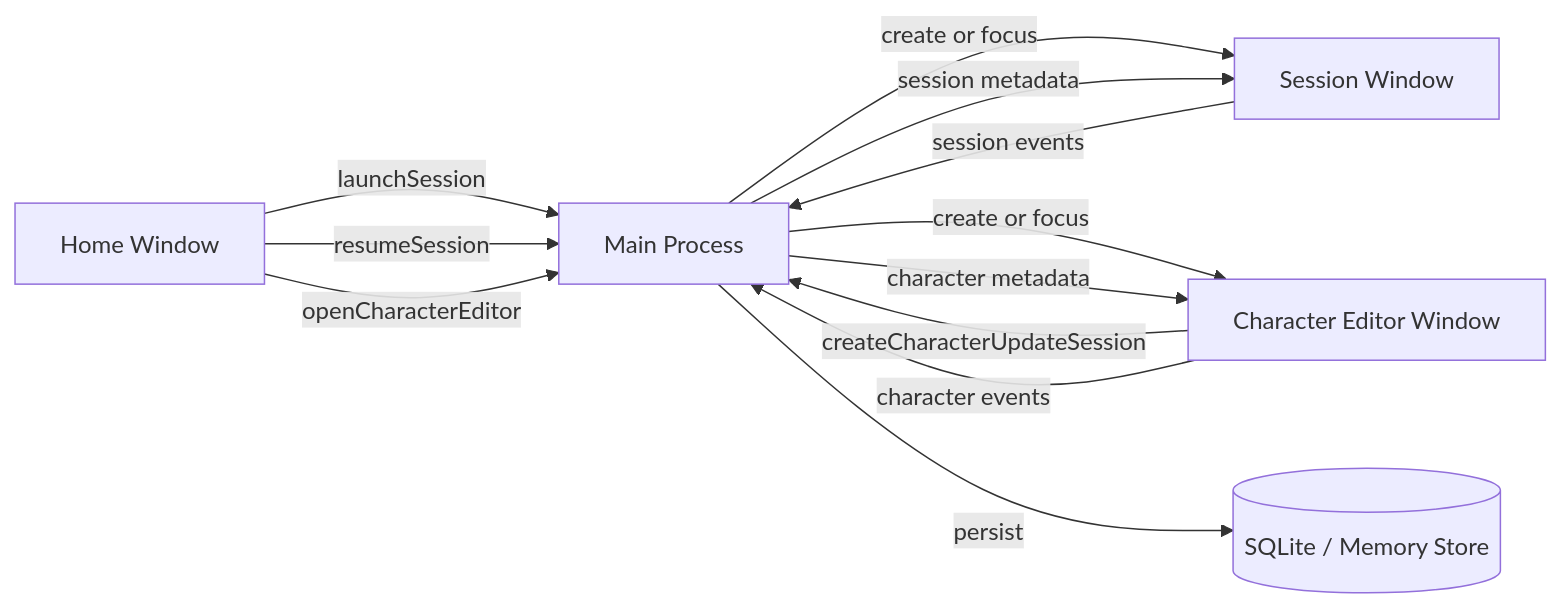
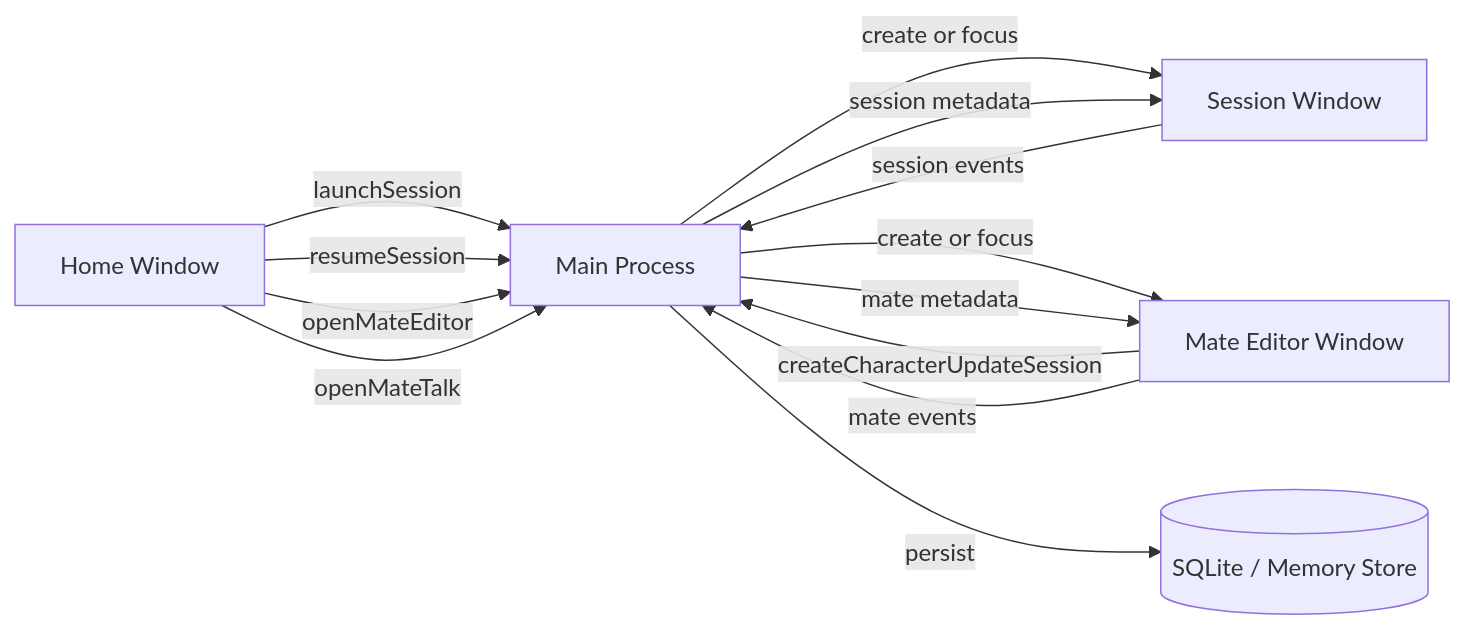
One commit to natumekazuki/WithMate changed the diagram in docs/design/window-architecture.md. Above: the diagram before and after it, drawn with Mermaid. The commit also changed other lines of this file and 2 other files, not shown here.

Commit message:
docs(ui): chat window 方針を整理

````diff
--- a/docs/design/window-architecture.md
+++ b/docs/design/window-architecture.md
@@ -307,14 +317,15 @@
 ```mermaid
 flowchart LR
     HW[Home Window] -->|launchSession| MP[Main Process]
     HW -->|resumeSession| MP
-    HW -->|openCharacterEditor| MP
+    HW -->|openMateEditor| MP
+    HW -->|openMateTalk| MP
     MP -->|create or focus| SW[Session Window]
-    MP -->|create or focus| CW[Character Editor Window]
+    MP -->|create or focus| CW[Mate Editor Window]
     CW -->|createCharacterUpdateSession| MP
     MP -->|session metadata| SW
-    MP -->|character metadata| CW
+    MP -->|mate metadata| CW
     SW -->|session events| MP
-    CW -->|character events| MP
+    CW -->|mate events| MP
     MP -->|persist| DB[(SQLite / Memory Store)]
 ```
````
